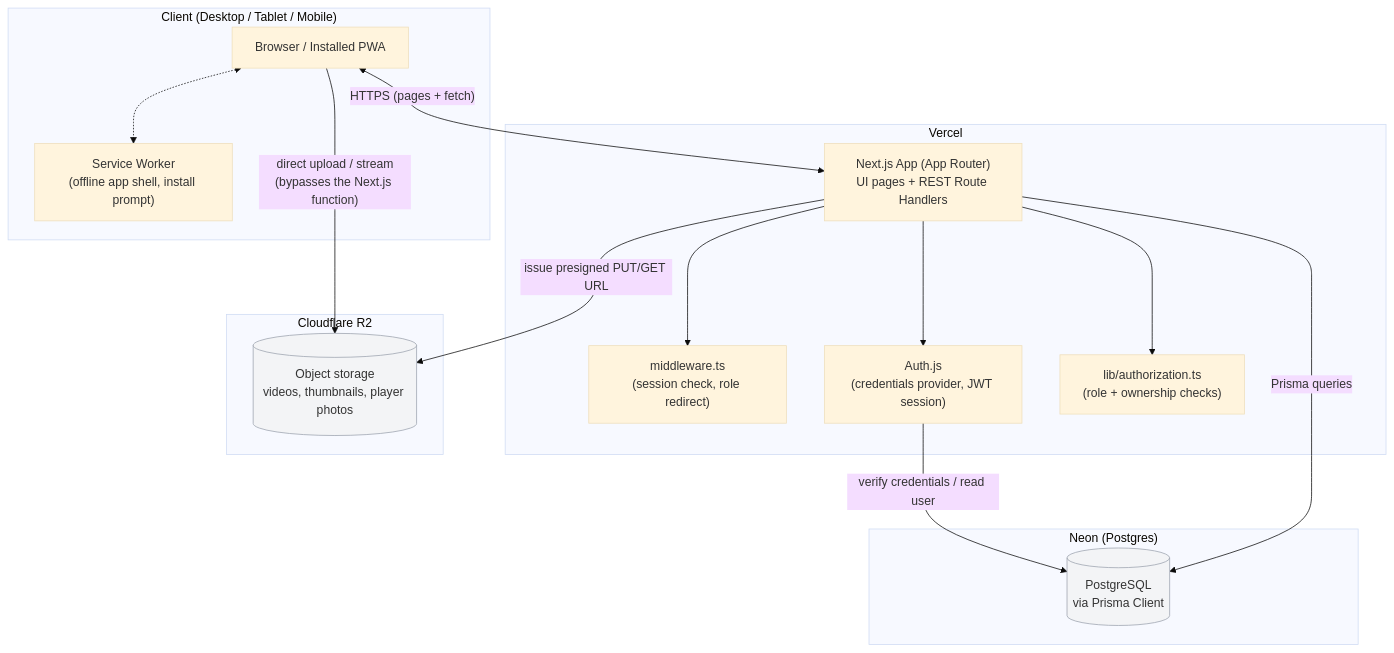
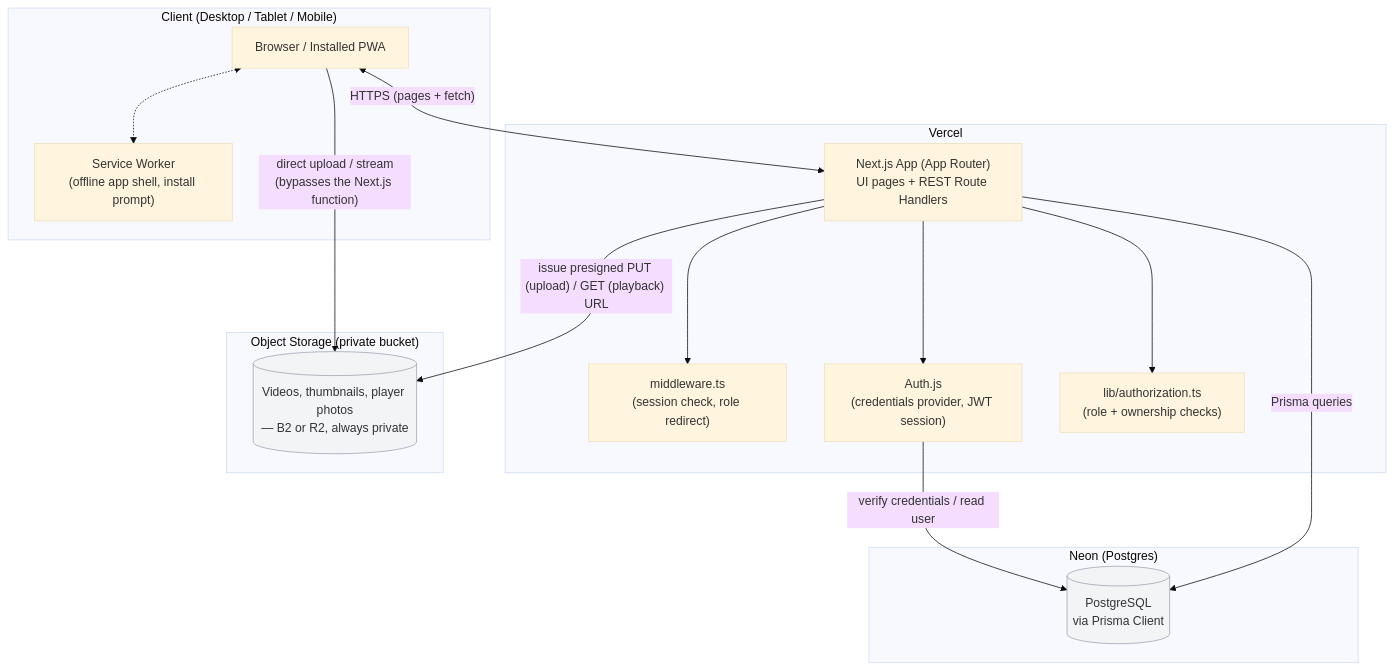
The second of 2 diagrams in ARCHITECTURE.md (IT-support-DYNI/basketball-platform), drawn with Mermaid (base theme) before and after one commit. The commit also changed other lines of this file and 11 other files, not shown here.

Commit message:
Switch video storage to private-bucket signed URLs, support B2

````diff
--- a/ARCHITECTURE.md
+++ b/ARCHITECTURE.md
@@ -306,35 +306,35 @@
 ```mermaid
 flowchart TB
     subgraph Client["Client (Desktop / Tablet / Mobile)"]
         Browser["Browser / Installed PWA"]
         SW["Service Worker\n(offline app shell, install prompt)"]
         Browser <-.-> SW
     end
 
     subgraph VercelPlatform["Vercel"]
         NextApp["Next.js App (App Router)\nUI pages + REST Route Handlers"]
         MW["middleware.ts\n(session check, role redirect)"]
         AuthLib["Auth.js\n(credentials provider, JWT session)"]
         AuthZ["lib/authorization.ts\n(role + ownership checks)"]
         NextApp --> MW
         NextApp --> AuthLib
         NextApp --> AuthZ
     end
 
     subgraph Neon["Neon (Postgres)"]
         DB[("PostgreSQL\nvia Prisma Client")]
     end
 
-    subgraph R2["Cloudflare R2"]
-        Storage[("Object storage\nvideos, thumbnails, player photos")]
+    subgraph Storage_["Object Storage (private bucket)"]
+        Storage[("Videos, thumbnails, player photos\n— B2 or R2, always private")]
     end
 
     Browser <--"HTTPS (pages + fetch)"--> NextApp
     AuthLib --"verify credentials / read user"--> DB
     NextApp --"Prisma queries"--> DB
-    NextApp --"issue presigned PUT/GET URL"--> Storage
+    NextApp --"issue presigned PUT (upload) / GET (playback) URL"--> Storage
     Browser --"direct upload / stream\n(bypasses the Next.js function)"--> Storage
 
     classDef ext fill:#f3f4f6,stroke:#9ca3af;
     class DB,Storage ext;
 ```
````
